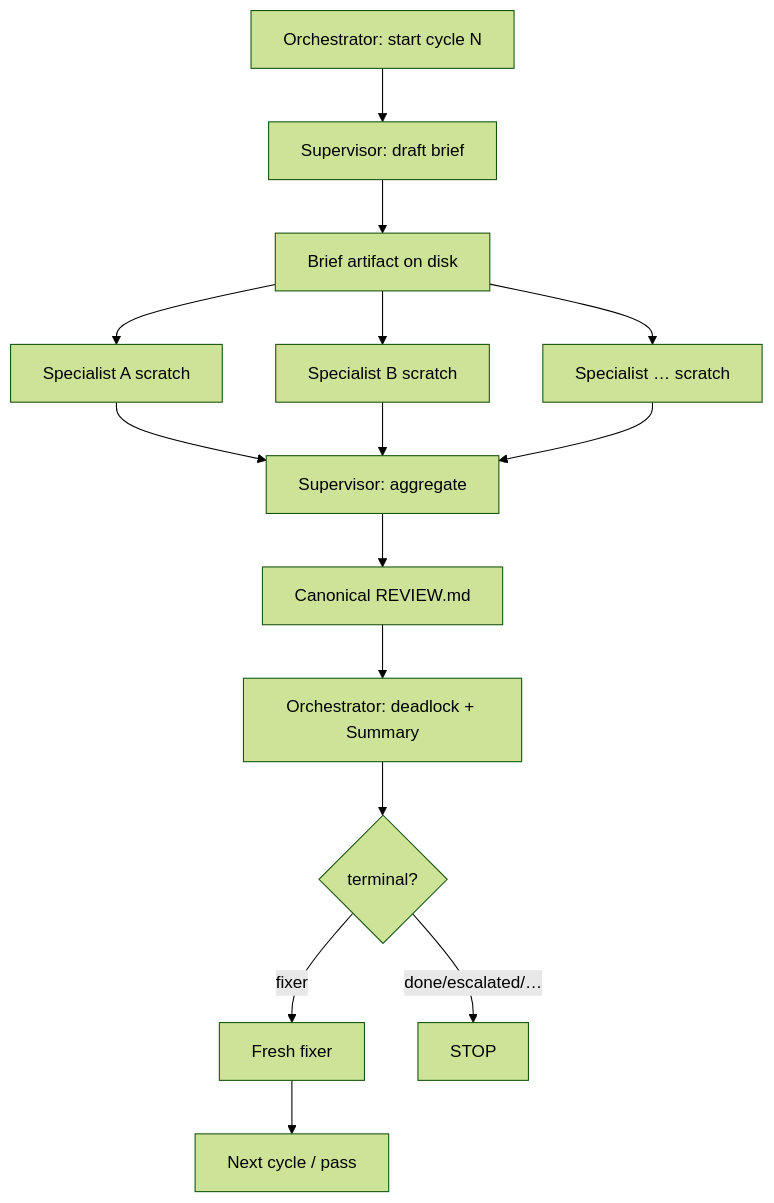
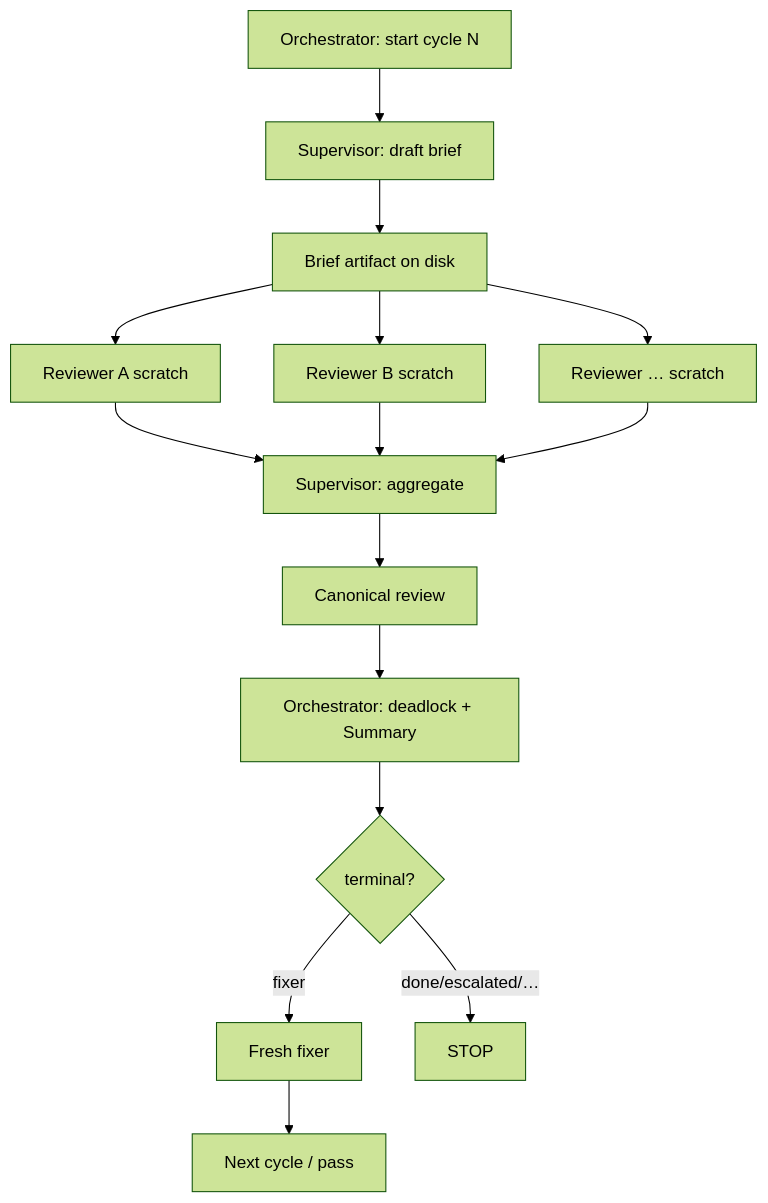
The diagram in pi/adversarial-review-loop/DESIGN-pass-supervisor.md (montflow/montflow), drawn with Mermaid (forest theme) before and after one commit. The commit also changed other lines of this file and 49 other files, not shown here.

````diff
--- a/pi/adversarial-review-loop/DESIGN-pass-supervisor.md
+++ b/pi/adversarial-review-loop/DESIGN-pass-supervisor.md
@@ -122,17 +96,17 @@
 ```mermaid
 flowchart TD
     O["Orchestrator: start cycle N"] --> S1["Supervisor: draft brief"]
     S1 --> B["Brief artifact on disk"]
-    B --> R1["Specialist A scratch"]
-    B --> R2["Specialist B scratch"]
-    B --> R3["Specialist … scratch"]
+    B --> R1["Reviewer A scratch"]
+    B --> R2["Reviewer B scratch"]
+    B --> R3["Reviewer … scratch"]
     R1 --> S2["Supervisor: aggregate"]
     R2 --> S2
     R3 --> S2
-    S2 --> C["Canonical REVIEW.md"]
+    S2 --> C["Canonical review"]
     C --> D["Orchestrator: deadlock + Summary"]
     D --> F{"terminal?"}
     F -->|fixer| X["Fresh fixer"]
     X --> O2["Next cycle / pass"]
     F -->|done/escalated/…| STOP["STOP"]
 ```
````
